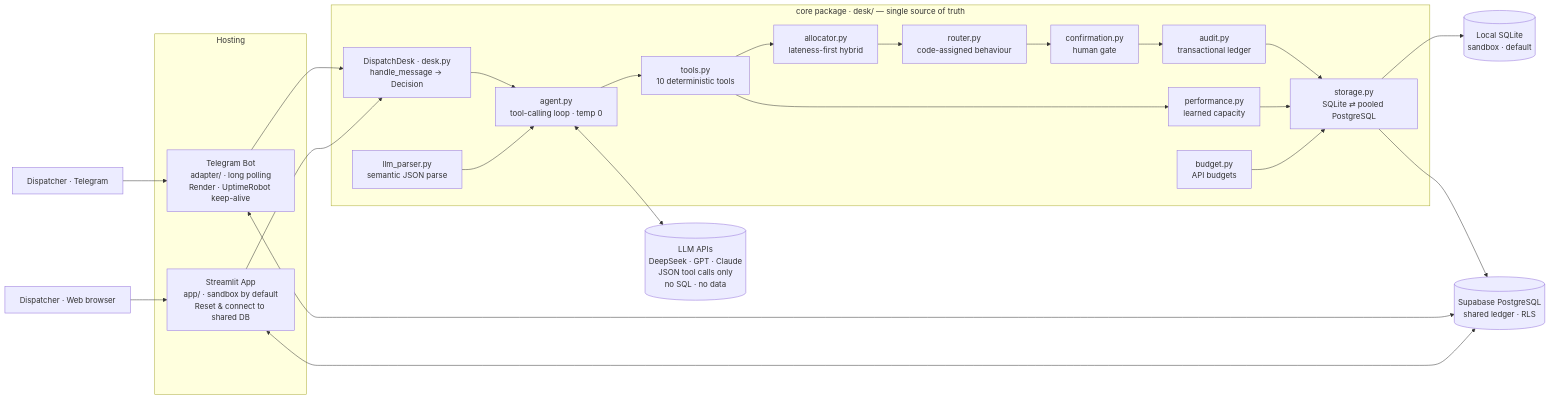
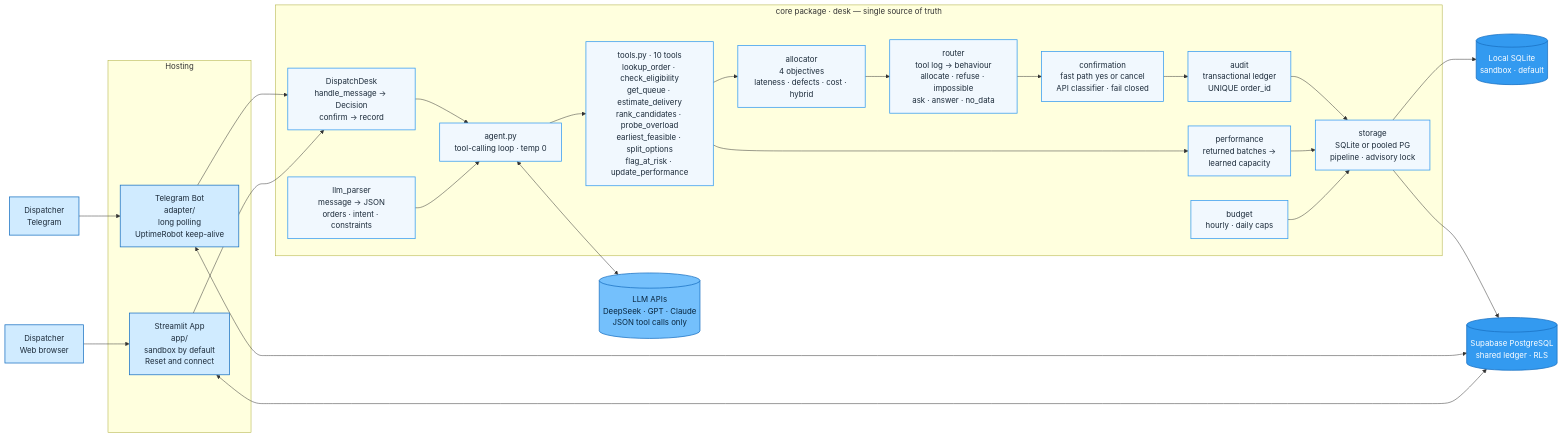
The diagram in README.md (DSS5105-Capstone-2026-Team6/DSS5105-Capstone-2026-Team6), drawn with Mermaid before and after one commit.

Commit message:
Update README: blue-theme architecture diagram with clickable nodes

````diff
--- a/README.md
+++ b/README.md
@@ -22,43 +22,63 @@
 ```mermaid
 flowchart LR
-    TG["Dispatcher · Telegram"] --> BOT
-    WEB["Dispatcher · Web browser"] --> UI
+    TG["Dispatcher<br/>Telegram"]:::front
+    WEB["Dispatcher<br/>Web browser"]:::front
 
     subgraph CLOUD["Hosting"]
-        BOT["Telegram Bot<br/>adapter/ · long polling<br/>Render · UptimeRobot keep-alive"]
-        UI["Streamlit App<br/>app/ · sandbox by default<br/>Reset &amp; connect to shared DB"]
+        BOT["Telegram Bot<br/>adapter/<br/>long polling<br/>UptimeRobot keep-alive"]:::front
+        UI["Streamlit App<br/>app/<br/>sandbox by default<br/>Reset and connect"]:::front
     end
 
-    subgraph CORE["core package · desk/ — single source of truth"]
-        DESK["DispatchDesk · desk.py<br/>handle_message → Decision"]
-        PARSER["llm_parser.py<br/>semantic JSON parse"]
-        AGENT["agent.py<br/>tool-calling loop · temp 0"]
-        TOOLS["tools.py<br/>10 deterministic tools"]
-        ALLOC["allocator.py<br/>lateness-first hybrid"]
-        ROUTER["router.py<br/>code-assigned behaviour"]
-        CONF["confirmation.py<br/>human gate"]
-        AUDIT["audit.py<br/>transactional ledger"]
-        PERF["performance.py<br/>learned capacity"]
-        BUDGET["budget.py<br/>API budgets"]
-        STORE["storage.py<br/>SQLite ⇄ pooled PostgreSQL"]
+    subgraph CORE["core package · desk — single source of truth"]
+        DESK["DispatchDesk<br/>handle_message → Decision<br/>confirm → record"]:::core
+        PARSER["llm_parser<br/>message → JSON<br/>orders · intent · constraints"]:::core
+        AGENT["agent.py<br/>tool-calling loop · temp 0"]:::core
+        TOOLS["tools.py · 10 tools<br/>lookup_order · check_eligibility<br/>get_queue · estimate_delivery<br/>rank_candidates · probe_overload<br/>earliest_feasible · split_options<br/>flag_at_risk · update_performance"]:::core
+        ALLOC["allocator<br/>4 objectives<br/>lateness · defects · cost · hybrid"]:::core
+        ROUTER["router<br/>tool log → behaviour<br/>allocate · refuse · impossible<br/>ask · answer · no_data"]:::core
+        CONF["confirmation<br/>fast path yes or cancel<br/>API classifier · fail closed"]:::core
+        AUDIT["audit<br/>transactional ledger<br/>UNIQUE order_id"]:::core
+        PERF["performance<br/>returned batches →<br/>learned capacity"]:::core
+        BUDGET["budget<br/>hourly · daily caps"]:::core
+        STORE["storage<br/>SQLite or pooled PG<br/>pipeline · advisory lock"]:::core
     end
 
-    LLM[("LLM APIs<br/>DeepSeek · GPT · Claude<br/>JSON tool calls only<br/>no SQL · no data")]
-    LITE[("Local SQLite<br/>sandbox · default")]
-    SUPA[("Supabase PostgreSQL<br/>shared ledger · RLS")]
+    LLM[("LLM APIs<br/>DeepSeek · GPT · Claude<br/>JSON tool calls only")]:::llm
+    LITE[("Local SQLite<br/>sandbox · default")]:::store
+    SUPA[("Supabase PostgreSQL<br/>shared ledger · RLS")]:::store
 
-    BOT --> DESK
-    UI --> DESK
+    TG --> BOT --> DESK
+    WEB --> UI --> DESK
     DESK --> AGENT
     PARSER --> AGENT
     AGENT <--> LLM
     AGENT --> TOOLS --> ALLOC --> ROUTER --> CONF --> AUDIT
     TOOLS --> PERF
     AUDIT --> STORE
     PERF --> STORE
     BUDGET --> STORE
     STORE --> LITE
     STORE --> SUPA
     BOT <--> SUPA
     UI <--> SUPA
+
+    click DESK "https://github.com/DSS5105-Capstone-2026-Team6/DSS5105-Capstone-2026-Team6/blob/main/desk/desk.py"
+    click PARSER "https://github.com/DSS5105-Capstone-2026-Team6/DSS5105-Capstone-2026-Team6/blob/main/desk/llm_parser.py"
+    click AGENT "https://github.com/DSS5105-Capstone-2026-Team6/DSS5105-Capstone-2026-Team6/blob/main/desk/agent.py"
+    click TOOLS "https://github.com/DSS5105-Capstone-2026-Team6/DSS5105-Capstone-2026-Team6/blob/main/desk/tools.py"
+    click ALLOC "https://github.com/DSS5105-Capstone-2026-Team6/DSS5105-Capstone-2026-Team6/blob/main/docs/ALLOCATOR.md"
+    click ROUTER "https://github.com/DSS5105-Capstone-2026-Team6/DSS5105-Capstone-2026-Team6/blob/main/desk/router.py"
+    click CONF "https://github.com/DSS5105-Capstone-2026-Team6/DSS5105-Capstone-2026-Team6/blob/main/desk/confirmation.py"
+    click AUDIT "https://github.com/DSS5105-Capstone-2026-Team6/DSS5105-Capstone-2026-Team6/blob/main/desk/audit.py"
+    click PERF "https://github.com/DSS5105-Capstone-2026-Team6/DSS5105-Capstone-2026-Team6/blob/main/desk/performance.py"
+    click BUDGET "https://github.com/DSS5105-Capstone-2026-Team6/DSS5105-Capstone-2026-Team6/blob/main/desk/budget.py"
+    click STORE "https://github.com/DSS5105-Capstone-2026-Team6/DSS5105-Capstone-2026-Team6/blob/main/desk/storage.py"
+    click BOT "https://github.com/DSS5105-Capstone-2026-Team6/DSS5105-Capstone-2026-Team6/blob/main/adapter/telegram_bot.py"
+    click UI "https://github.com/DSS5105-Capstone-2026-Team6/DSS5105-Capstone-2026-Team6/blob/main/app/streamlit_app.py"
+    click SUPA "https://github.com/DSS5105-Capstone-2026-Team6/DSS5105-Capstone-2026-Team6/blob/main/docs/SHARED_DATABASE.md"
+
+    classDef front fill:#d0ebff,stroke:#1971c2,stroke-width:1.5px,color:#1c2b3a
+    classDef core fill:#f1f8fe,stroke:#339af0,stroke-width:1.5px,color:#1c2b3a
+    classDef llm fill:#74c0fc,stroke:#1971c2,stroke-width:1.5px,color:#08263f
+    classDef store fill:#339af0,stroke:#1971c2,stroke-width:1.5px,color:#ffffff
 ```
````
